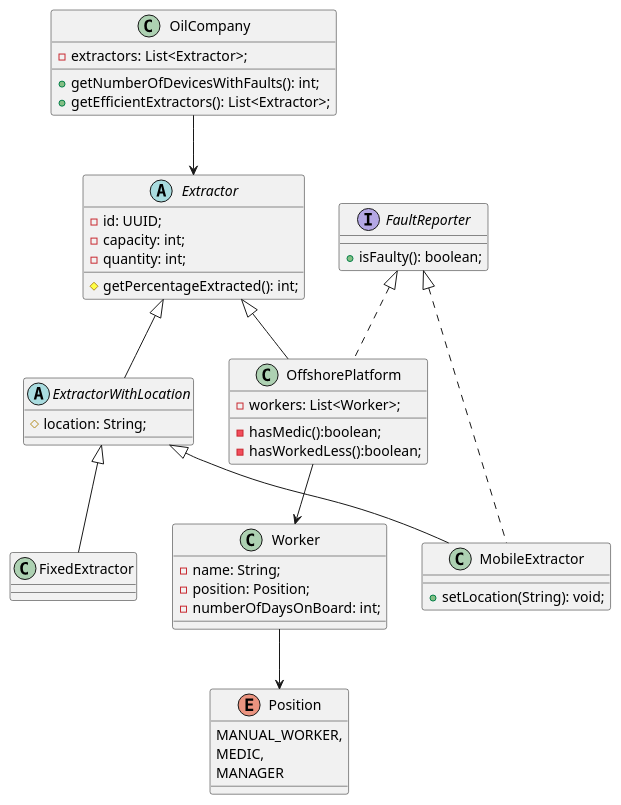
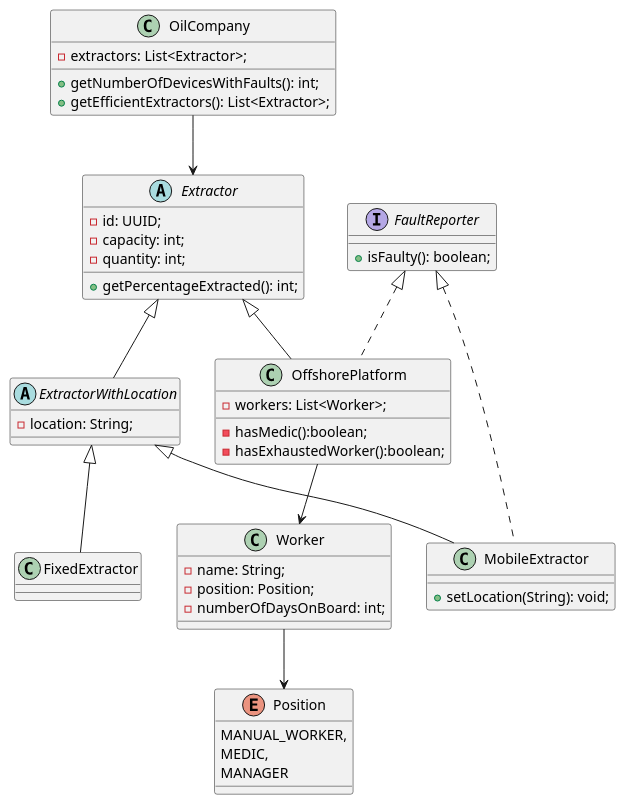
One commit to Ady-cod/PA_simulation_1 changed the diagram in src/main/java/PASimulation1.puml. Above: the diagram before and after it, drawn with PlantUML. The commit also changed 22 other files, not shown here.

```diff
--- a/src/main/java/PASimulation1.puml
+++ b/src/main/java/PASimulation1.puml
@@ -1,45 +1,45 @@
 @startuml
 
 abstract class Extractor{
 - id: UUID;
 - capacity: int;
 - quantity: int;
-# getPercentageExtracted(): int;
++ getPercentageExtracted(): int;
 }
 abstract class ExtractorWithLocation extends Extractor{
-# location: String;
+- location: String;
 }
 interface FaultReporter{
 + isFaulty(): boolean;
 }
 class FixedExtractor extends ExtractorWithLocation{}
 class MobileExtractor extends ExtractorWithLocation implements FaultReporter{
 + setLocation(String): void;
 }
 class OffshorePlatform extends Extractor implements FaultReporter{
 - workers: List<Worker>;
 - hasMedic():boolean;
-- hasWorkedLess():boolean;
+- hasExhaustedWorker():boolean;
 }
 class Worker{
 - name: String;
 - position: Position;
 - numberOfDaysOnBoard: int;
 }
 enum Position{
 MANUAL_WORKER,
 MEDIC,
 MANAGER
 }
 class OilCompany{
 - extractors: List<Extractor>;
 + getNumberOfDevicesWithFaults(): int;
 + getEfficientExtractors(): List<Extractor>;
 }
 
 OilCompany --> Extractor
 Worker --> Position
 OffshorePlatform --> Worker
 
 
 @enduml
```
